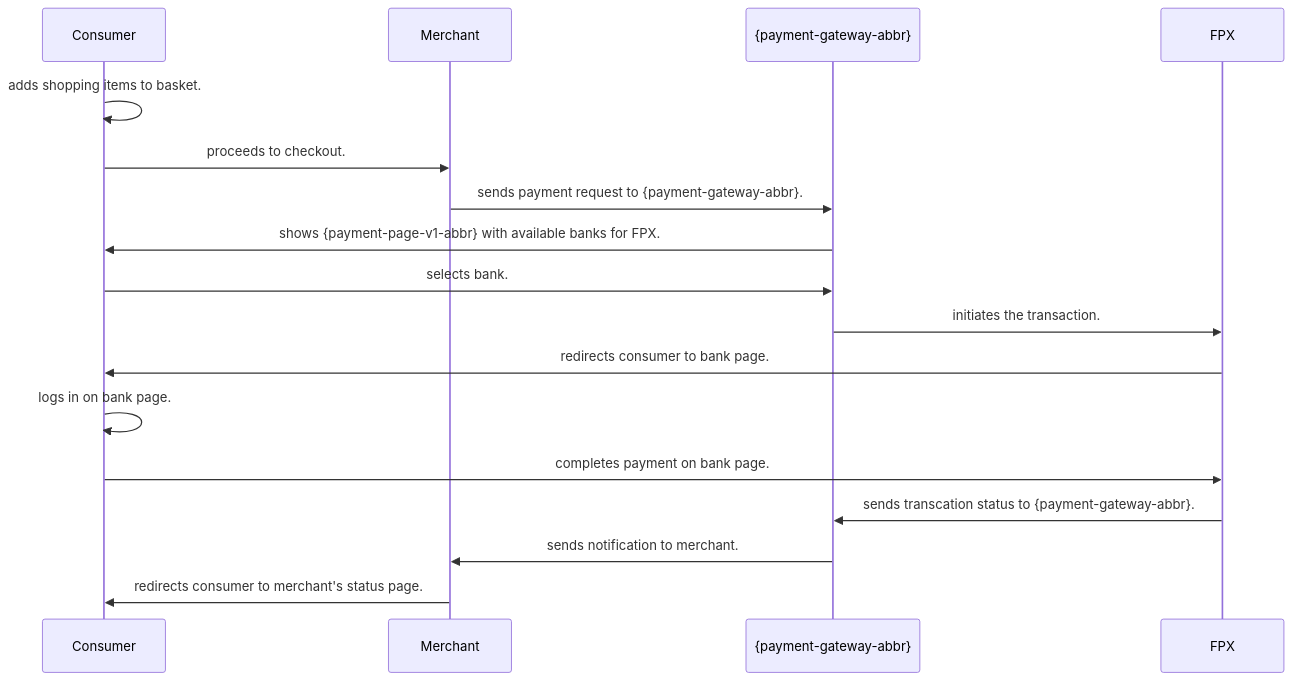
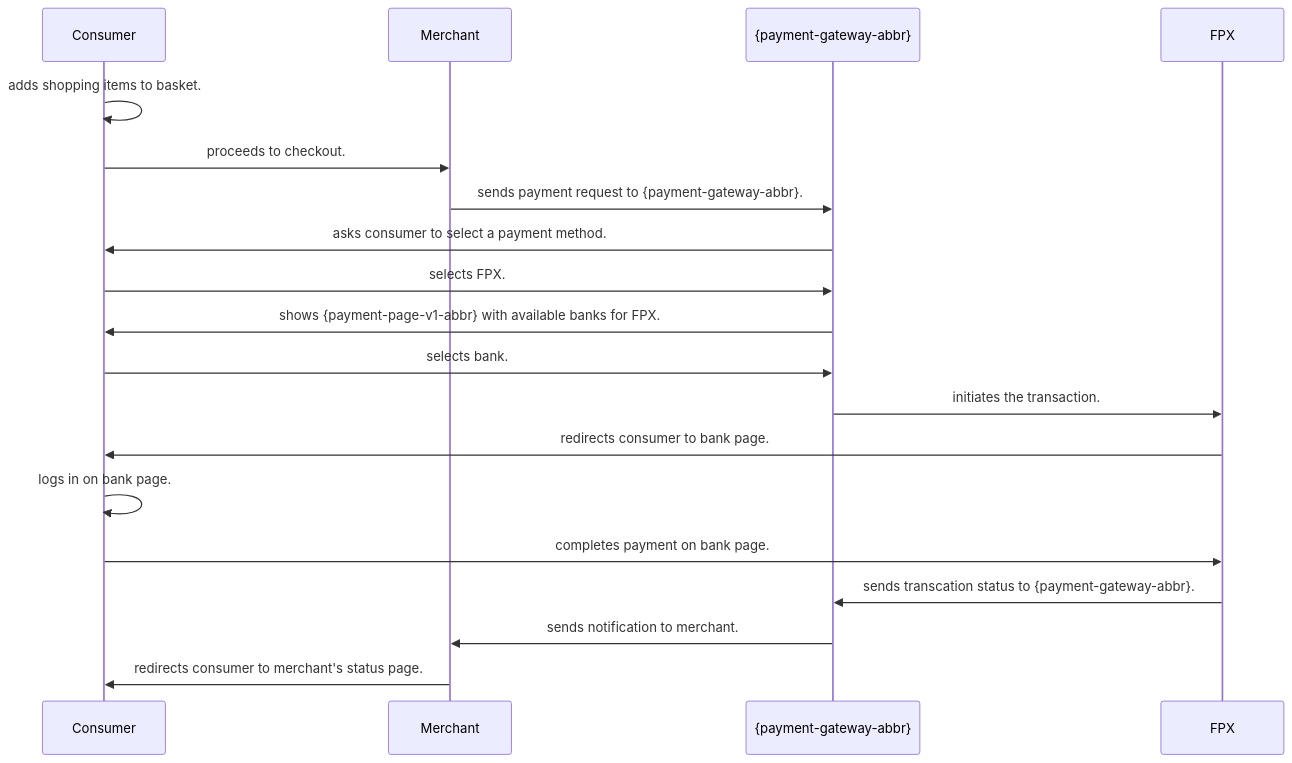
The diagram in 03-02-13-01-fpx.adoc (wirecard/merchant-documentation-gateway), drawn with Mermaid before and after one commit. The commit also changed other lines of this file, not shown here.

```diff
--- a/03-02-13-01-fpx.adoc
+++ b/03-02-13-01-fpx.adoc
@@ -53,20 +53,22 @@
 [mermaid, CC_Fields_intro_elements_parentchild,svg,subs=attributes+]
 ----
 sequenceDiagram
     participant Consumer
     participant Merchant
     participant {payment-gateway-abbr}
     participant FPX
 Consumer->>Consumer: adds shopping items to basket.
 Consumer->>Merchant: proceeds to checkout.
 Merchant->>{payment-gateway-abbr}: sends payment request to {payment-gateway-abbr}.
-{payment-gateway-abbr} ->> Consumer: shows {payment-page-v1-abbr} with available banks for FPX.
+{payment-gateway-abbr}->>Consumer: asks consumer to select a payment method.
+Consumer->>{payment-gateway-abbr}: selects FPX.
+{payment-gateway-abbr}->> Consumer: shows {payment-page-v1-abbr} with available banks for FPX.
 Consumer->>{payment-gateway-abbr}: selects bank.
 {payment-gateway-abbr}->>FPX: initiates the transaction.
 FPX->>Consumer: redirects consumer to bank page.
 Consumer->>Consumer: logs in on bank page.
 Consumer->>FPX: completes payment on bank page.
 FPX->>{payment-gateway-abbr}: sends transcation status to {payment-gateway-abbr}.
 {payment-gateway-abbr}->>Merchant: sends notification to merchant.
 Merchant->>Consumer: redirects consumer to merchant's status page.
 ----
```
